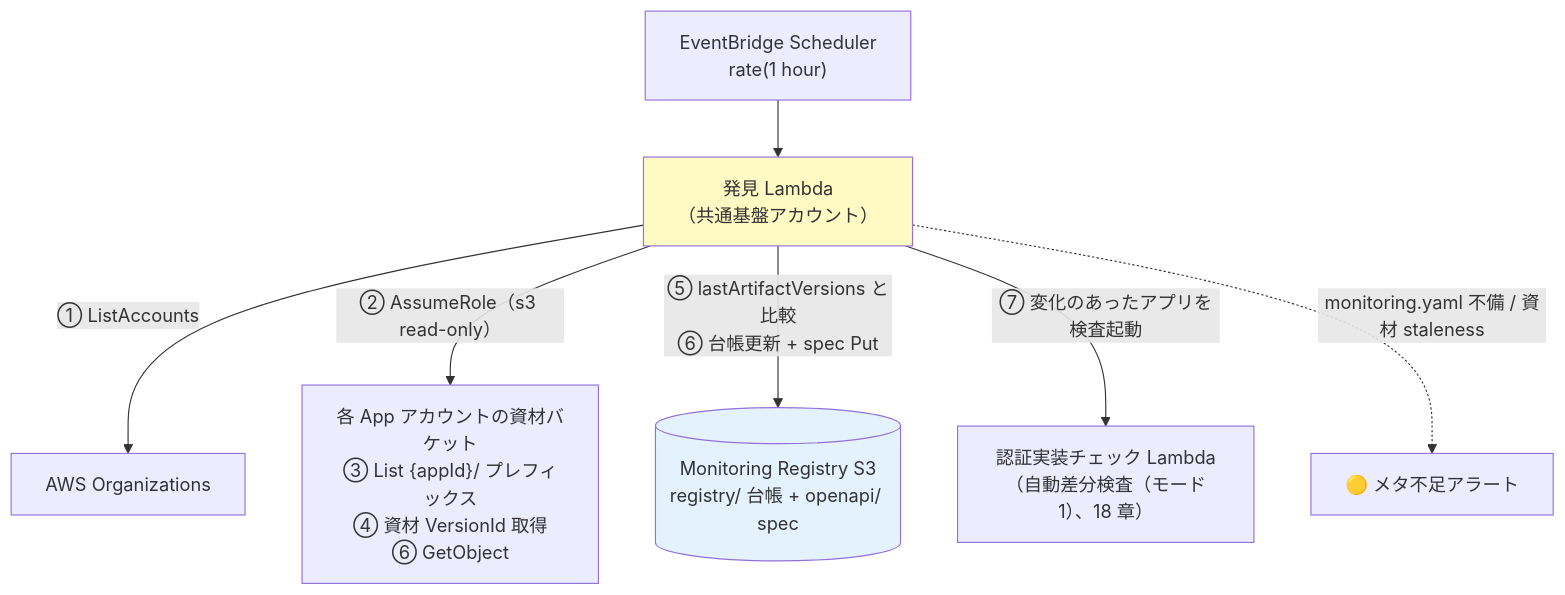
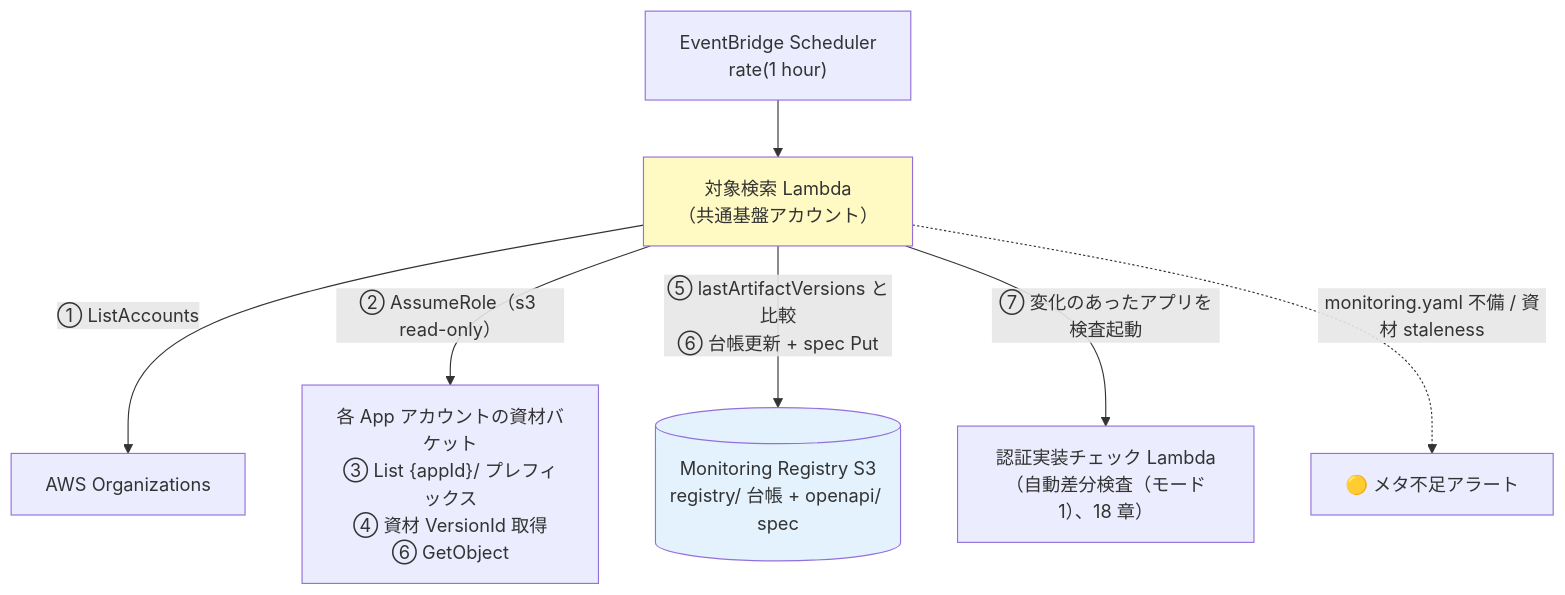
Before and after one commit to suepie/aws-atuh-poc: the diagram in doc/api-platform/basic-design/17-deployment-integration-and-registration.md, drawn with Mermaid. The commit also changed other lines of this file and 23 other files, not shown here.

````diff
--- a/doc/api-platform/basic-design/17-deployment-integration-and-registration.md
+++ b/doc/api-platform/basic-design/17-deployment-integration-and-registration.md
@@ -54,11 +54,11 @@
 ```mermaid
 flowchart TB
-    SCH["EventBridge Scheduler<br/>rate(1 hour)"] --> DISC["発見 Lambda<br/>（共通基盤アカウント）"]
+    SCH["EventBridge Scheduler<br/>rate(1 hour)"] --> DISC["対象検索 Lambda<br/>（共通基盤アカウント）"]
     DISC -->|"① ListAccounts"| ORG["AWS Organizations"]
     DISC -->|"② AssumeRole（s3 read-only）"| ART["各 App アカウントの資材バケット<br/>③ List {appId}/ プレフィックス<br/>④ 資材 VersionId 取得<br/>⑥ GetObject"]
     DISC -->|"⑤ lastArtifactVersions と比較<br/>⑥ 台帳更新 + spec Put"| REG[("Monitoring Registry S3<br/>registry/ 台帳 + openapi/ spec")]
     DISC -->|"⑦ 変化のあったアプリを検査起動"| PROBE["認証実装チェック Lambda<br/>（自動差分検査（モード1）、18 章）"]
     DISC -.->|"monitoring.yaml 不備 / 資材 staleness"| ALERT["🟡 メタ不足アラート"]
     style DISC fill:#fff9c4
     style REG fill:#e3f2fd
 ```
````
